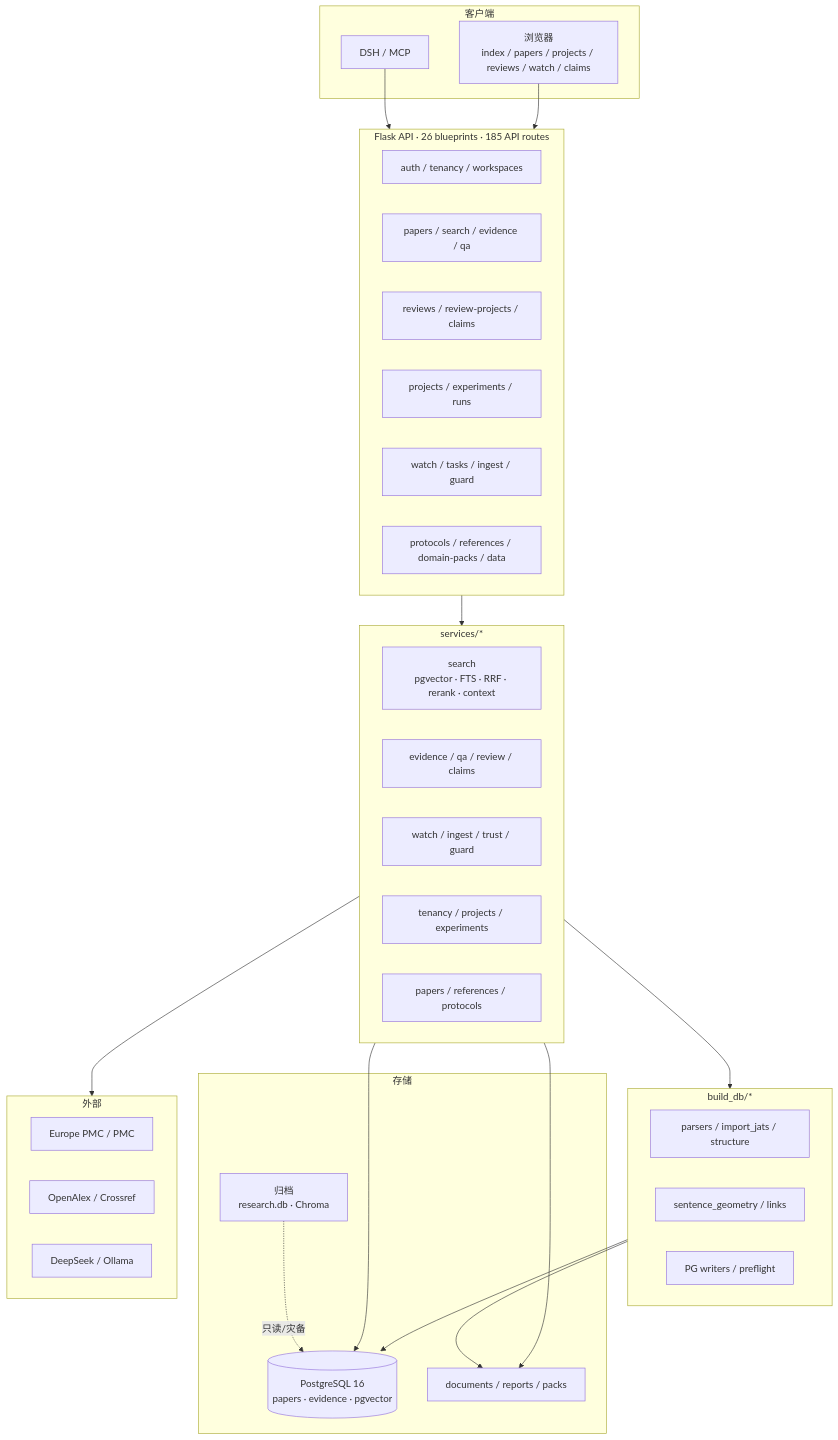
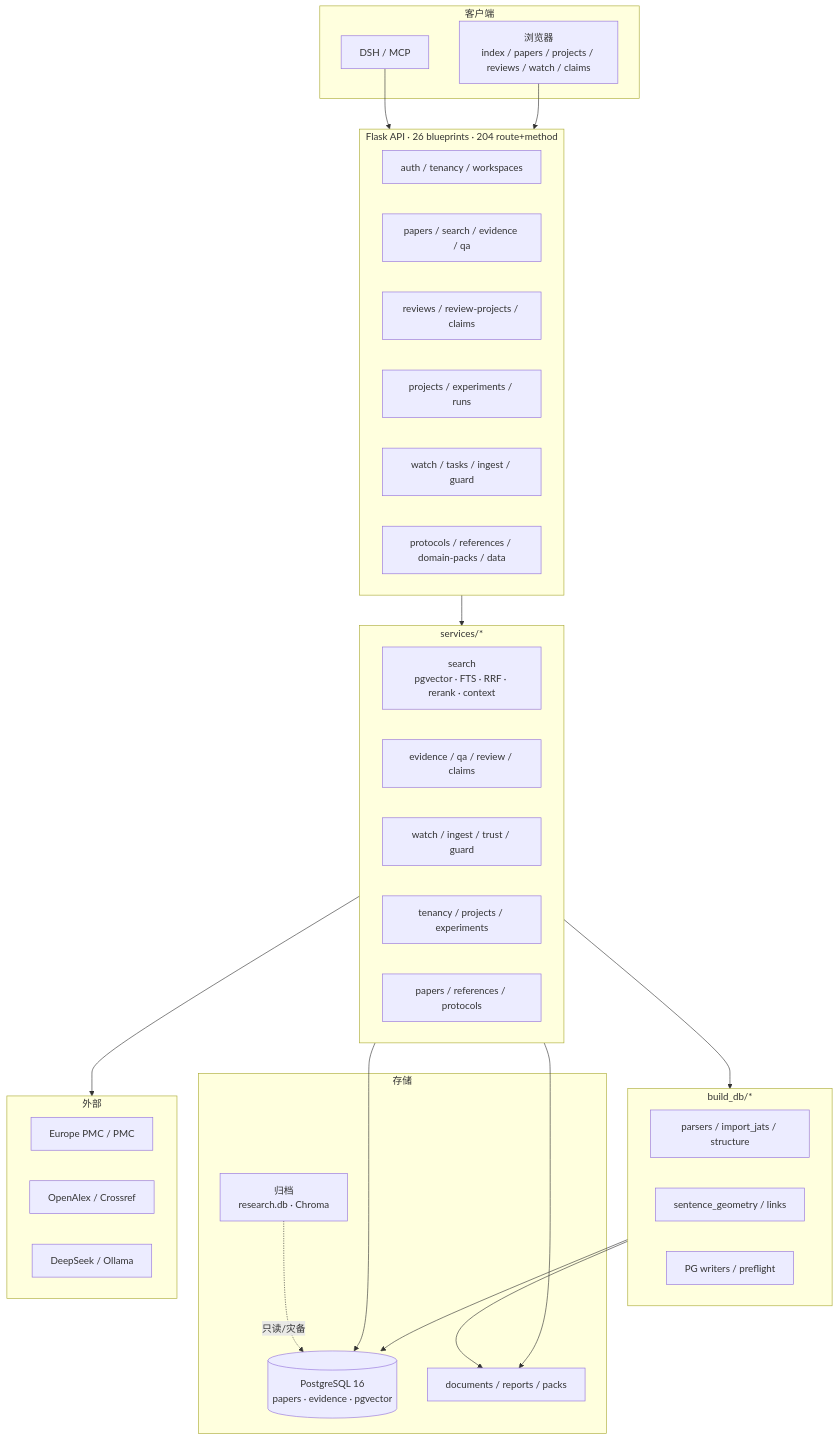
The first of 2 diagrams in docs/架构与路由图.md (williamchen520/sci-pal), drawn with Mermaid before and after one commit. The commit also changed other lines of this file and 12 other files, not shown here.

Commit message:
docs: sync readme architecture and developer handbook

````diff
--- a/docs/架构与路由图.md
+++ b/docs/架构与路由图.md
@@ -31,53 +41,53 @@
 ```mermaid
 flowchart TB
   subgraph C["客户端"]
     DSH["DSH / MCP"]
     WEB["浏览器<br/>index / papers / projects / reviews / watch / claims"]
   end
 
-  subgraph API["Flask API · 26 blueprints · 185 API routes"]
+  subgraph API["Flask API · 26 blueprints · 204 route+method"]
     R1["auth / tenancy / workspaces"]
     R2["papers / search / evidence / qa"]
     R3["reviews / review-projects / claims"]
     R4["projects / experiments / runs"]
     R5["watch / tasks / ingest / guard"]
     R6["protocols / references / domain-packs / data"]
   end
 
   subgraph SVC["services/*"]
     S1["search<br/>pgvector · FTS · RRF · rerank · context"]
     S2["evidence / qa / review / claims"]
     S3["watch / ingest / trust / guard"]
     S4["tenancy / projects / experiments"]
     S5["papers / references / protocols"]
   end
 
   subgraph BDB["build_db/*"]
     B1["parsers / import_jats / structure"]
     B2["sentence_geometry / links"]
     B3["PG writers / preflight"]
   end
 
   subgraph D["存储"]
     PG[("PostgreSQL 16<br/>papers · evidence · pgvector")]
     FS["documents / reports / packs"]
     AR["归档<br/>research.db · Chroma"]
   end
 
   subgraph X["外部"]
     EPMC["Europe PMC / PMC"]
     OA["OpenAlex / Crossref"]
     LLM["DeepSeek / Ollama"]
   end
 
   DSH --> API
   WEB --> API
   API --> SVC
   SVC --> BDB
   SVC --> PG
   BDB --> PG
   BDB --> FS
   SVC --> FS
   SVC --> X
   AR -.->|只读/灾备| PG
 ```
````
